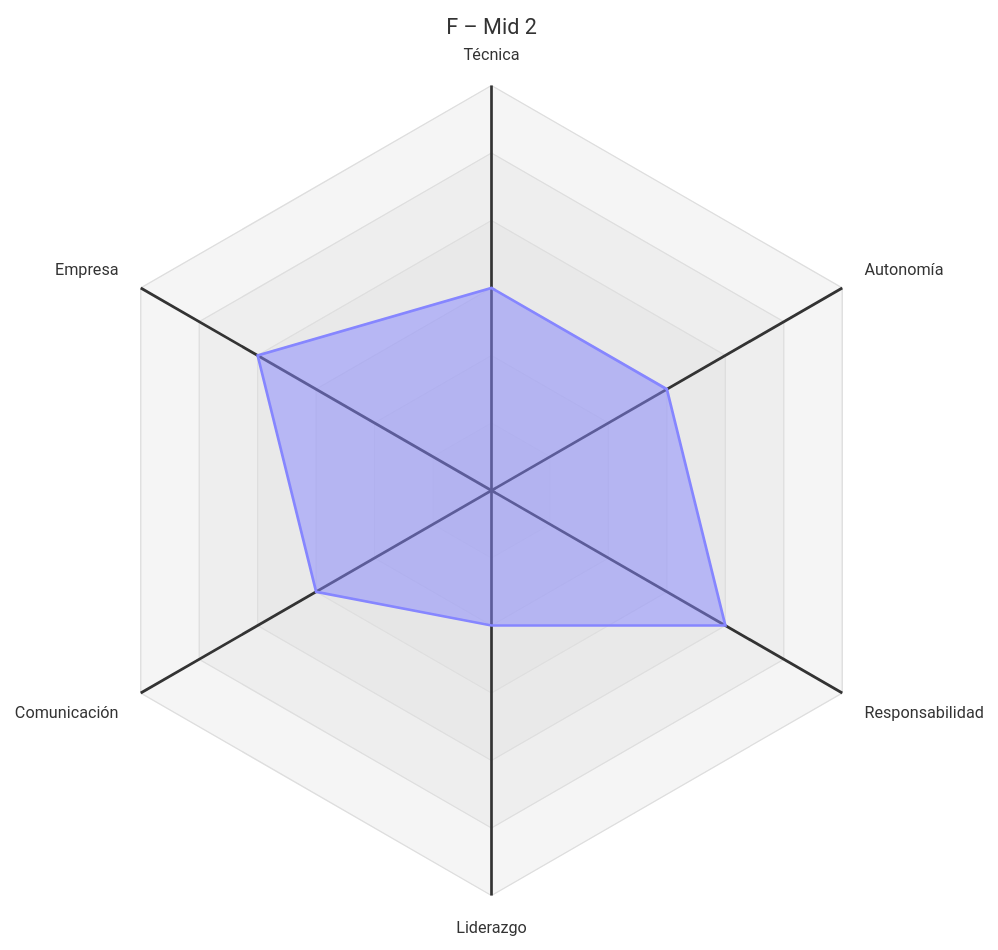
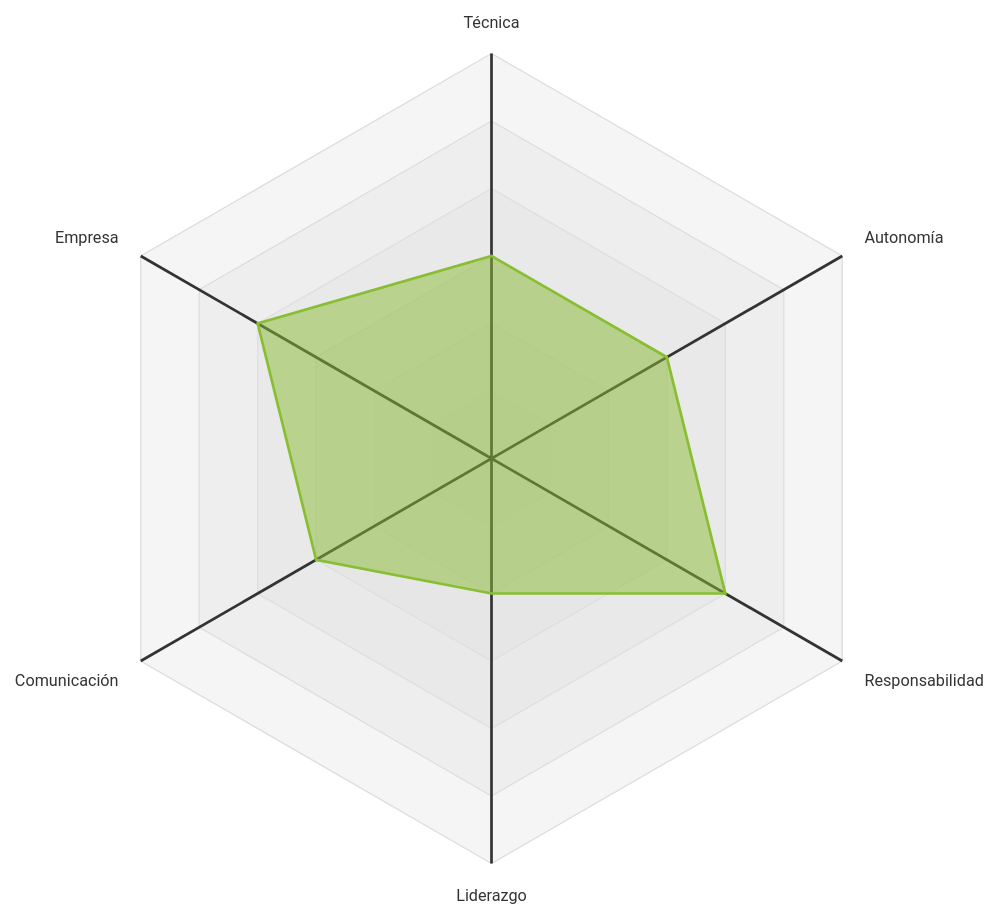
The fourth of 9 diagrams in perfiles-por-nivel.md (javigallego-tech/carrera-profesional-ti), drawn with Mermaid before and after one commit. The commit also changed other lines of this file and 1 other file, not shown here.

````diff
--- a/perfiles-por-nivel.md
+++ b/perfiles-por-nivel.md
@@ -59,13 +62,14 @@
 ```mermaid
 ---
-title: "F – Mid 2"
+config:
+  themeVariables:
+    cScale0: "#89BE34"
 ---
 radar-beta
   axis t["Técnica"], a["Autonomía"], r["Responsabilidad"], l["Liderazgo"], c["Comunicación"], e["Empresa"]
   curve n["Mínimo"]{3, 3, 4, 2, 3, 4}
   max 6
-  min 0
   ticks 6
   graticule polygon
   showLegend false
 ```
````
